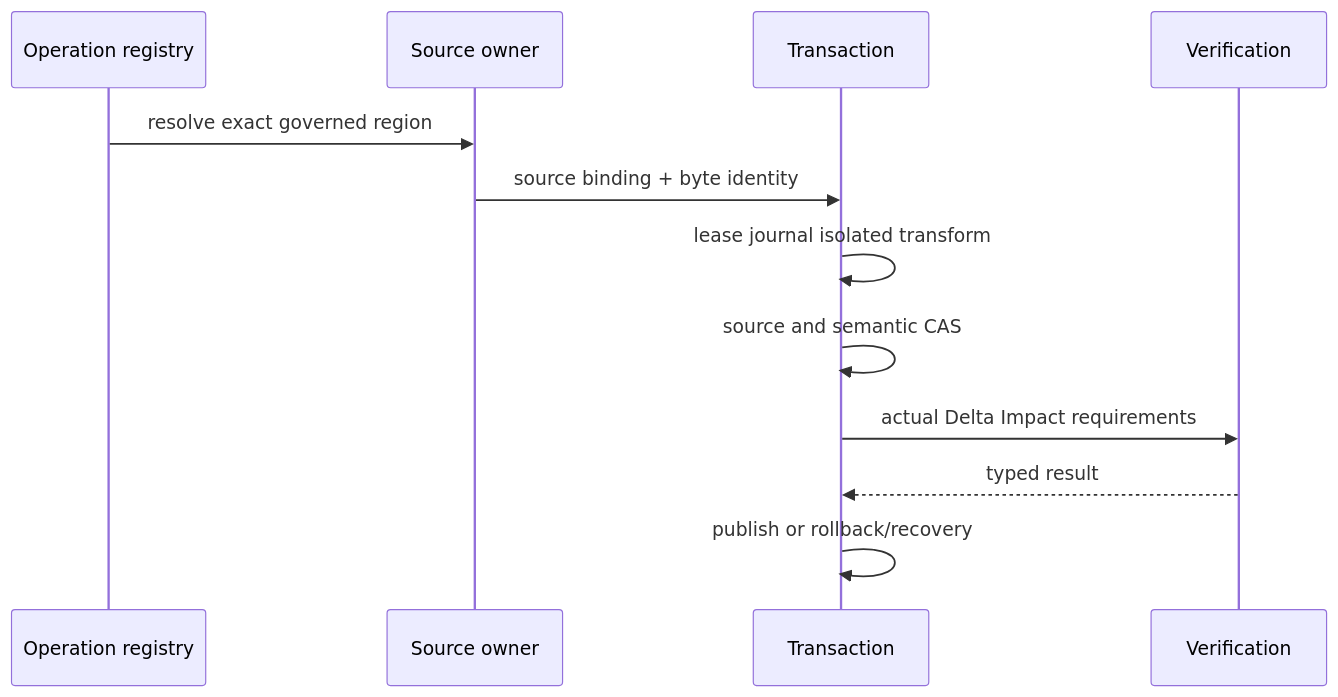
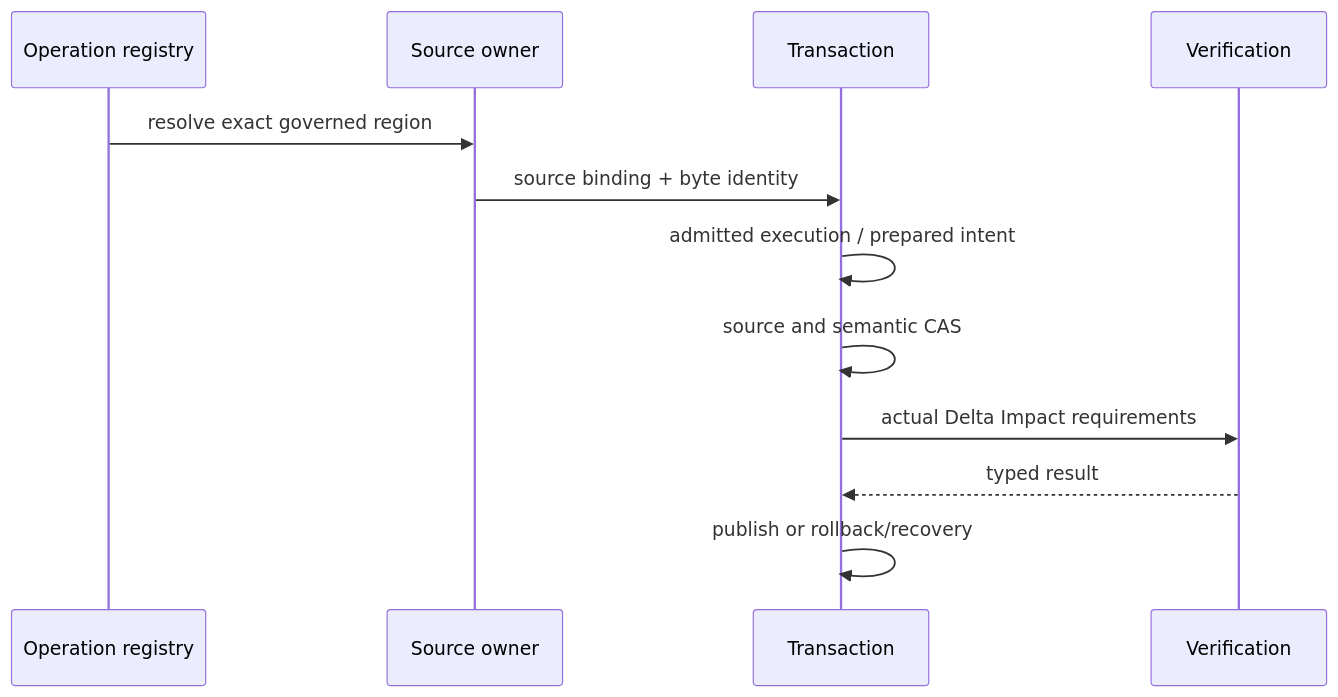
One commit to sec-platform/sec changed the fifth of 5 diagrams in docs/brownfield-import.md. Above: the diagram before and after it, drawn with Mermaid. The commit also changed other lines of this file, not shown here.

```diff
--- a/docs/brownfield-import.md
+++ b/docs/brownfield-import.md
@@ -225,14 +218,14 @@
 ~~~mermaid
 sequenceDiagram
   participant O as Operation registry
   participant S as Source owner
   participant T as Transaction
   participant V as Verification
   O->>S: resolve exact governed region
   S->>T: source binding + byte identity
-  T->>T: lease journal isolated transform
+  T->>T: admitted execution / prepared intent
   T->>T: source and semantic CAS
   T->>V: actual Delta Impact requirements
   V-->>T: typed result
   T->>T: publish or rollback/recovery
 ~~~
```
